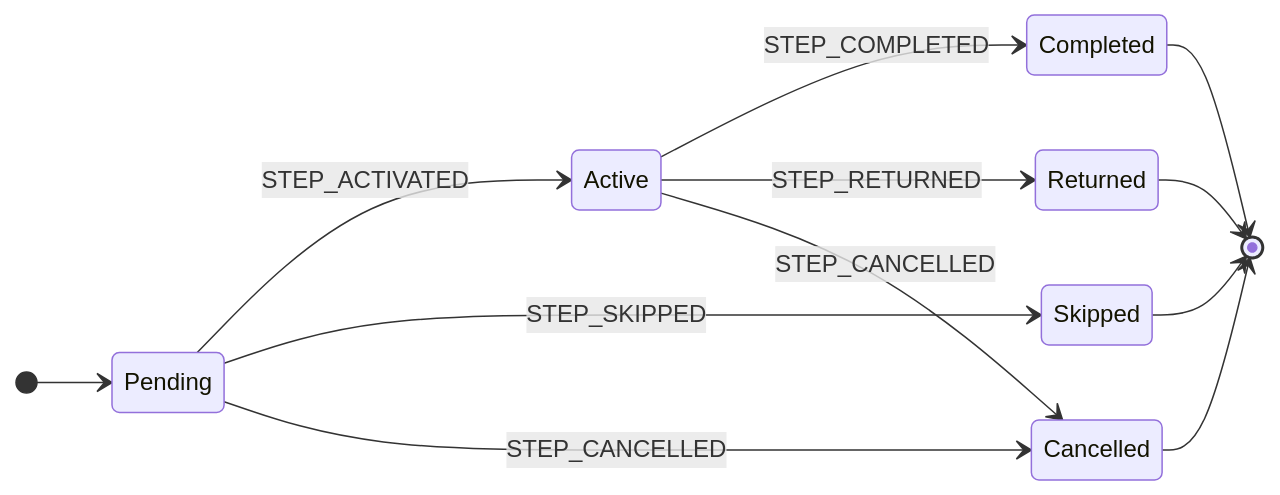
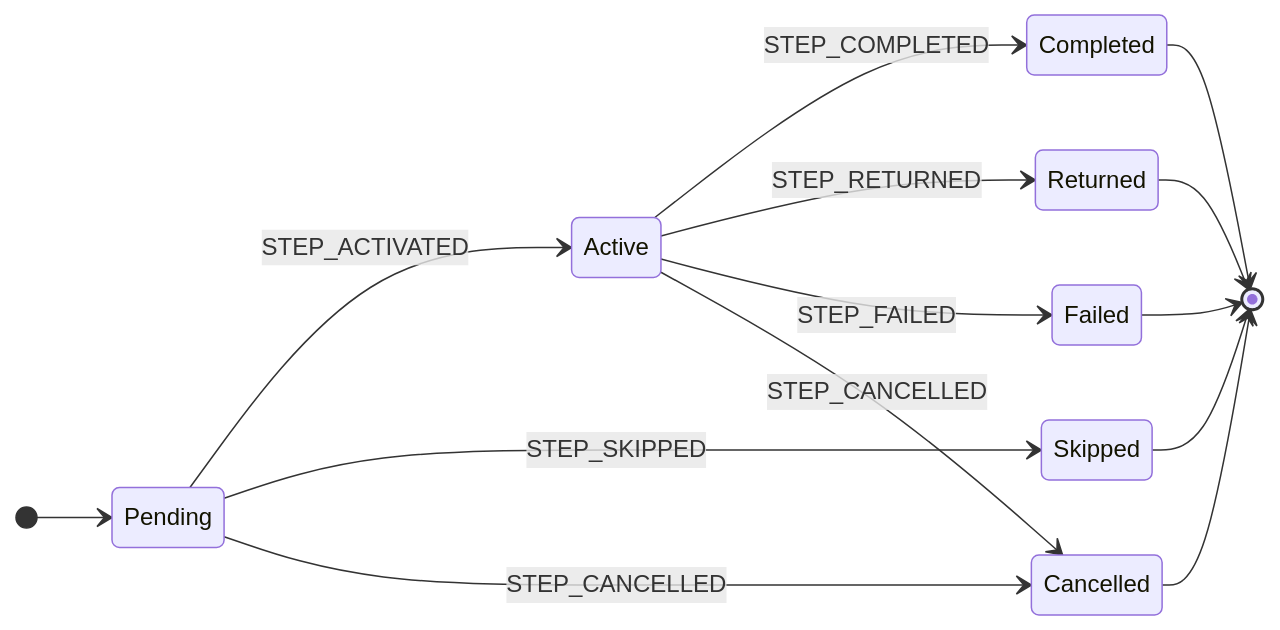
One commit to lukexodus/batac-dms changed the third of 3 diagrams in docs/pre-development/D-uml-and-diagrams/d3-state-machine-diagrams.md. Above: the diagram before and after it, drawn with Mermaid. The commit also changed other lines of this file and 10 other files, not shown here.

````diff
--- a/docs/pre-development/D-uml-and-diagrams/d3-state-machine-diagrams.md
+++ b/docs/pre-development/D-uml-and-diagrams/d3-state-machine-diagrams.md
@@ -218,26 +234,29 @@
 ```mermaid
 stateDiagram-v2
     direction LR
 
     state "Pending" as Pending
     state "Active" as Active
     state "Completed" as Completed
     state "Skipped" as Skipped
     state "Returned" as Returned
+    state "Failed" as Failed
     state "Cancelled" as Cancelled
 
     [*] --> Pending
 
     Pending --> Active : STEP_ACTIVATED
     Pending --> Skipped : STEP_SKIPPED
     Pending --> Cancelled : STEP_CANCELLED
 
     Active --> Completed : STEP_COMPLETED
     Active --> Returned : STEP_RETURNED
+    Active --> Failed : STEP_FAILED
     Active --> Cancelled : STEP_CANCELLED
 
     Completed --> [*]
     Skipped --> [*]
     Returned --> [*]
+    Failed --> [*]
     Cancelled --> [*]
 ```
````
